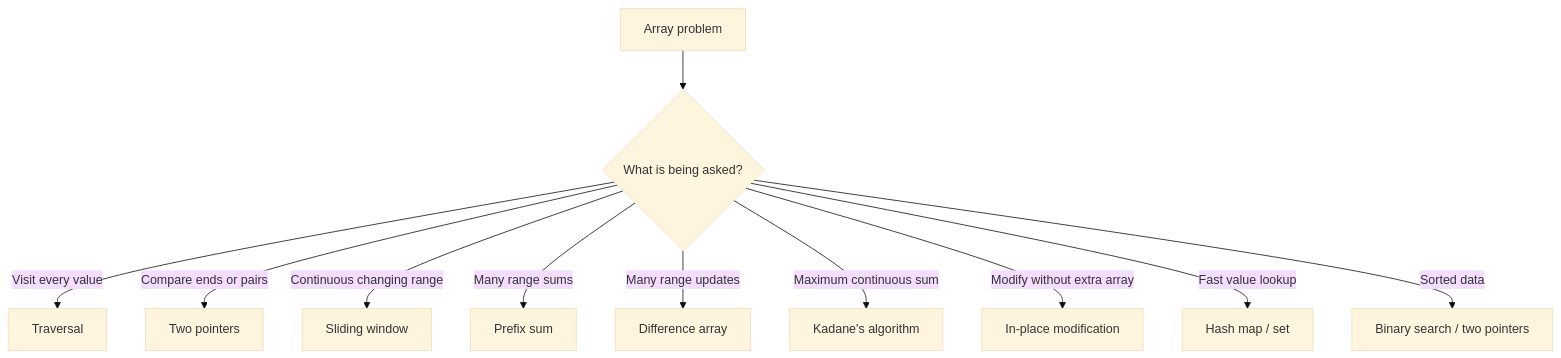
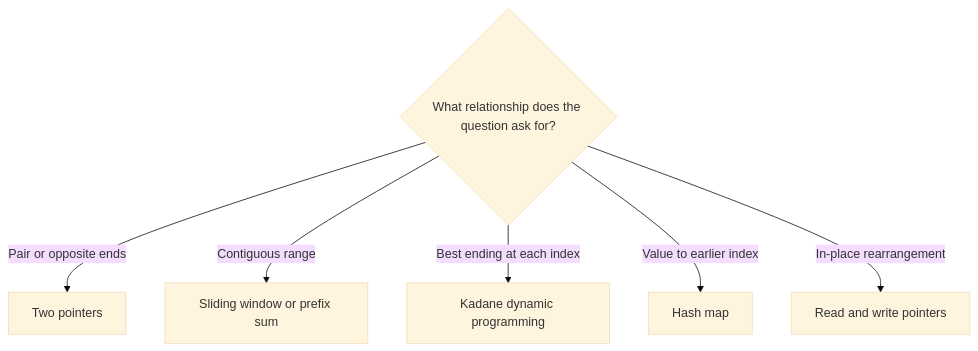
The third of 16 diagrams in docs/datastructures/array.md (9999dude/omega), drawn with Mermaid (base theme) before and after one commit. The commit also changed other lines of this file and 58 other files, not shown here.

````diff
--- a/docs/datastructures/array.md
+++ b/docs/datastructures/array.md
@@ -441,14 +89,9 @@
 ```mermaid
 flowchart TD
-    A["Array problem"] --> B{"What is being asked?"}
-
-    B -->|"Visit every value"| C["Traversal"]
-    B -->|"Compare ends or pairs"| D["Two pointers"]
-    B -->|"Continuous changing range"| E["Sliding window"]
-    B -->|"Many range sums"| F["Prefix sum"]
-    B -->|"Many range updates"| G["Difference array"]
-    B -->|"Maximum continuous sum"| H["Kadane's algorithm"]
-    B -->|"Modify without extra array"| I["In-place modification"]
-    B -->|"Fast value lookup"| J["Hash map / set"]
-    B -->|"Sorted data"| K["Binary search / two pointers"]
+    Q{"What relationship does the question ask for?"}
+    Q -->|"Pair or opposite ends"| P0["Two pointers"]
+    Q -->|"Contiguous range"| P1["Sliding window or prefix sum"]
+    Q -->|"Best ending at each index"| P2["Kadane dynamic programming"]
+    Q -->|"Value to earlier index"| P3["Hash map"]
+    Q -->|"In-place rearrangement"| P4["Read and write pointers"]
 ```
````
